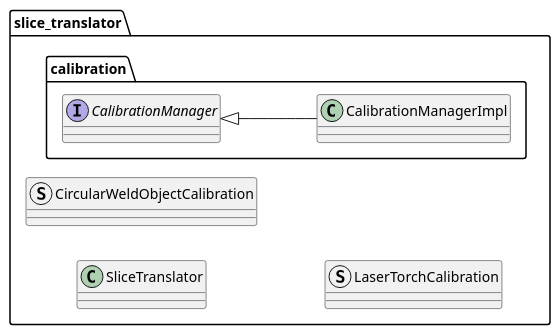
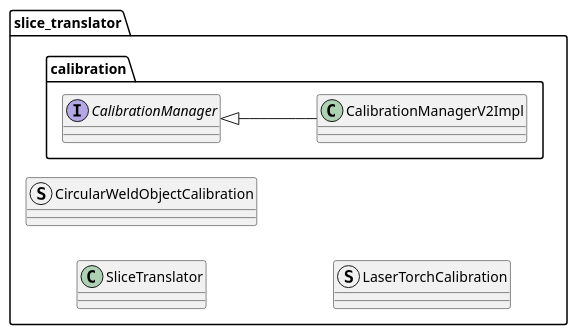
The diagram in src/main/slice_translator/DOCS.md (usrk04134-droid/adaptio-main), drawn with PlantUML before and after one commit. The commit also changed 25 other files, not shown here.

Commit message:
Remove legacy calibration converters and manager implementation

````diff
--- a/src/main/slice_translator/DOCS.md
+++ b/src/main/slice_translator/DOCS.md
@@ -3,16 +3,16 @@
 ```plantuml
 left to right direction
 
 package slice_translator {
   package calibration {
     interface "CalibrationManager" as calibration::CalibrationManager
-    class "CalibrationManagerImpl" as calibration::CalibrationManagerImpl
+    class "CalibrationManagerV2Impl" as calibration::CalibrationManagerV2Impl
 
-    calibration::CalibrationManager <|-- calibration::CalibrationManagerImpl
+    calibration::CalibrationManager <|-- calibration::CalibrationManagerV2Impl
   }
 
   class "SliceTranslator" as slice_translator::SliceTranslator
   struct "CircularWeldObjectCalibration" as calibration::WeldObjectCalibration
   struct "LaserTorchCalibration" as calibration::LaserTorchCalibration
 }
 ```
````
